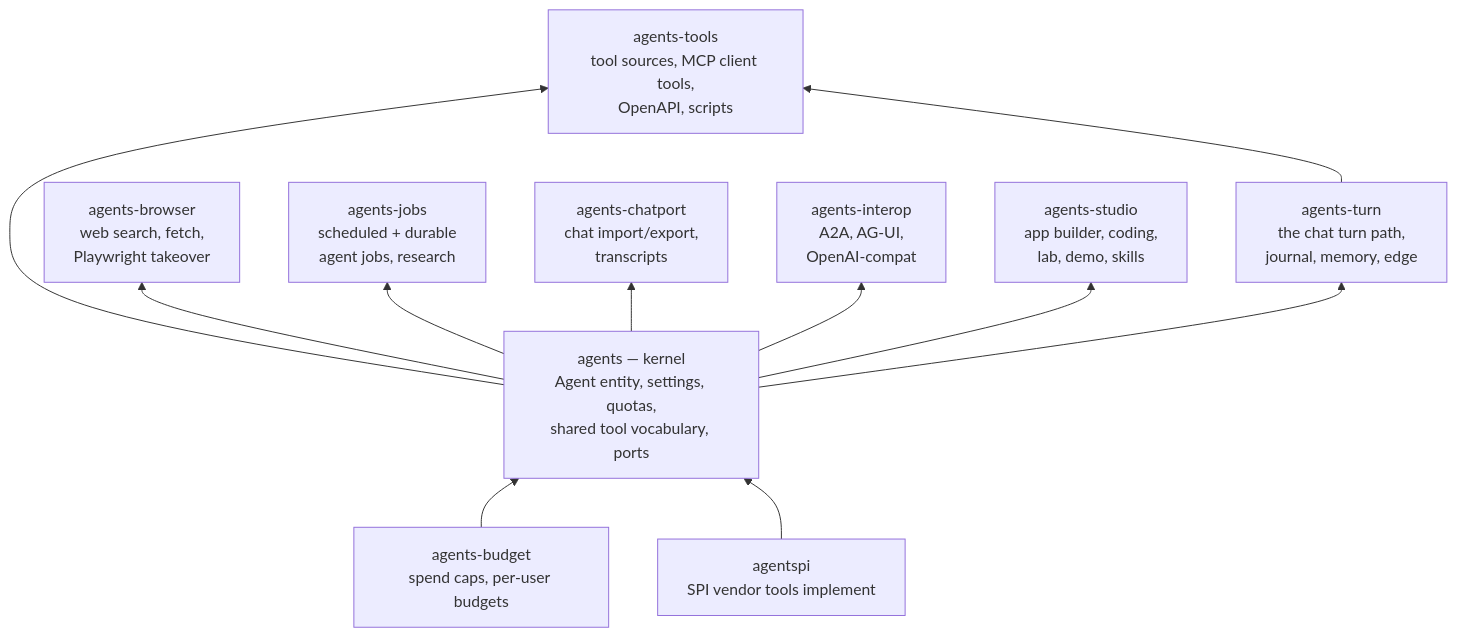
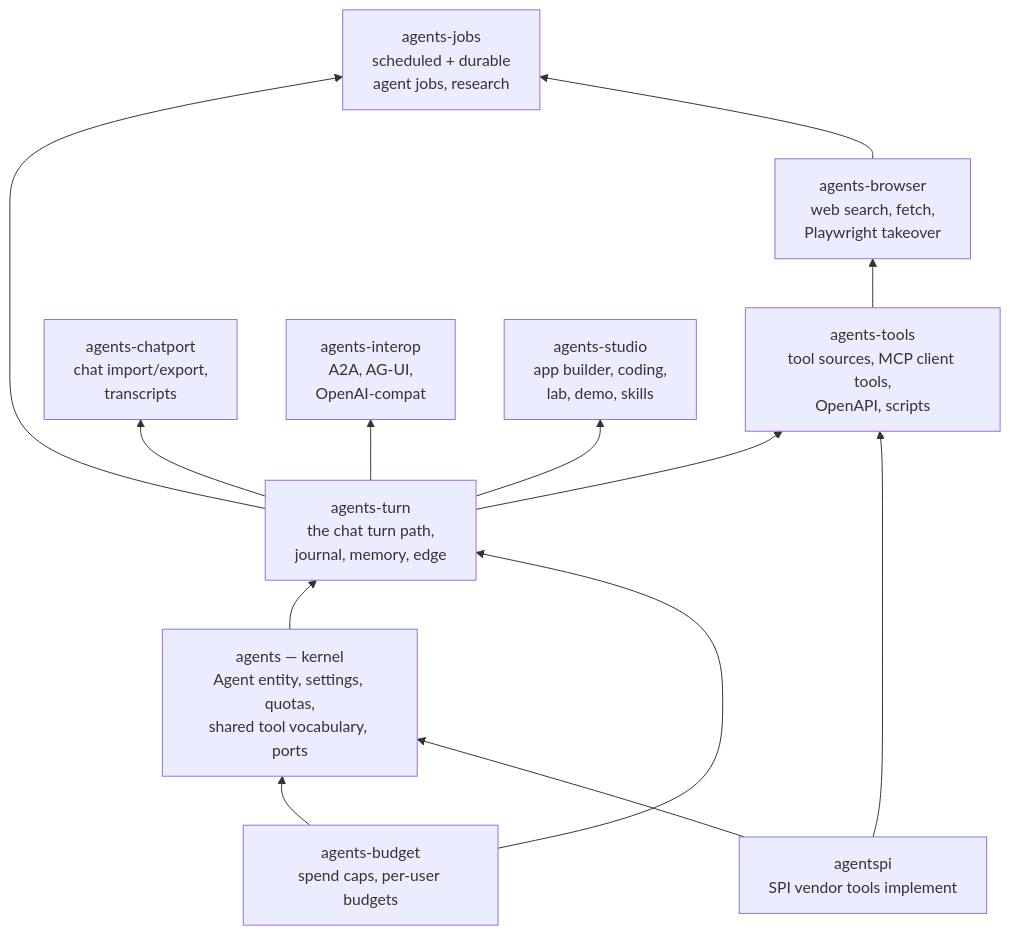
The second of 2 diagrams in docs/architecture/overview.md (CD-LC/vegaduta), drawn with Mermaid before and after one commit. The commit also changed other lines of this file and 108 other files, not shown here.

````diff
--- a/docs/architecture/overview.md
+++ b/docs/architecture/overview.md
@@ -201,23 +210,25 @@
 ```mermaid
 flowchart BT
   budget[agents-budget<br/>spend caps, per-user budgets]
   spi[agentspi<br/>SPI vendor tools implement]
   kernel[agents — kernel<br/>Agent entity, settings, quotas,<br/>shared tool vocabulary, ports]
   turn[agents-turn<br/>the chat turn path,<br/>journal, memory, edge]
   tools[agents-tools<br/>tool sources, MCP client tools,<br/>OpenAPI, scripts]
   browser[agents-browser<br/>web search, fetch,<br/>Playwright takeover]
   jobs[agents-jobs<br/>scheduled + durable<br/>agent jobs, research]
   chatport[agents-chatport<br/>chat import/export,<br/>transcripts]
   interop[agents-interop<br/>A2A, AG-UI,<br/>OpenAI-compat]
   studio[agents-studio<br/>app builder, coding,<br/>lab, demo, skills]
   budget --> kernel
   spi --> kernel
   kernel --> turn
-  kernel --> tools
-  kernel --> browser
-  kernel --> jobs
-  kernel --> chatport
-  kernel --> interop
-  kernel --> studio
+  budget --> turn
   turn --> tools
+  spi --> tools
+  tools --> browser
+  turn --> jobs
+  browser --> jobs
+  turn --> chatport
+  turn --> interop
+  turn --> studio
 ```
````
